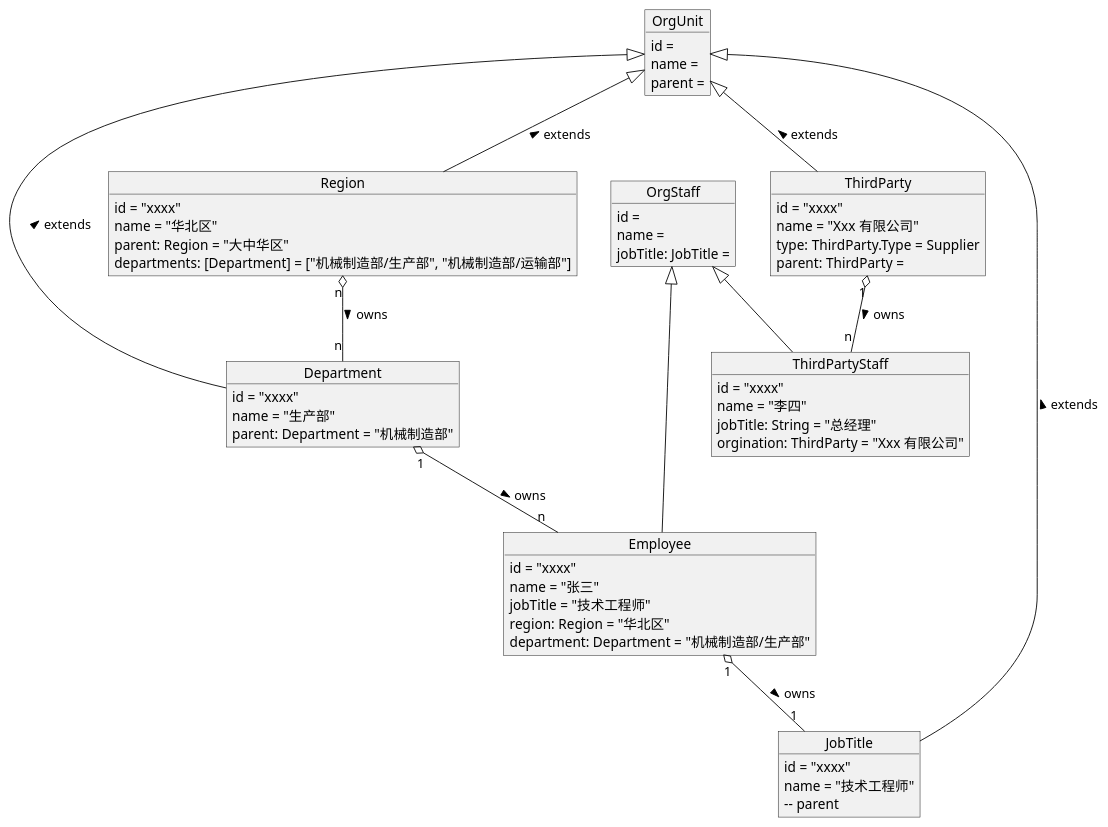
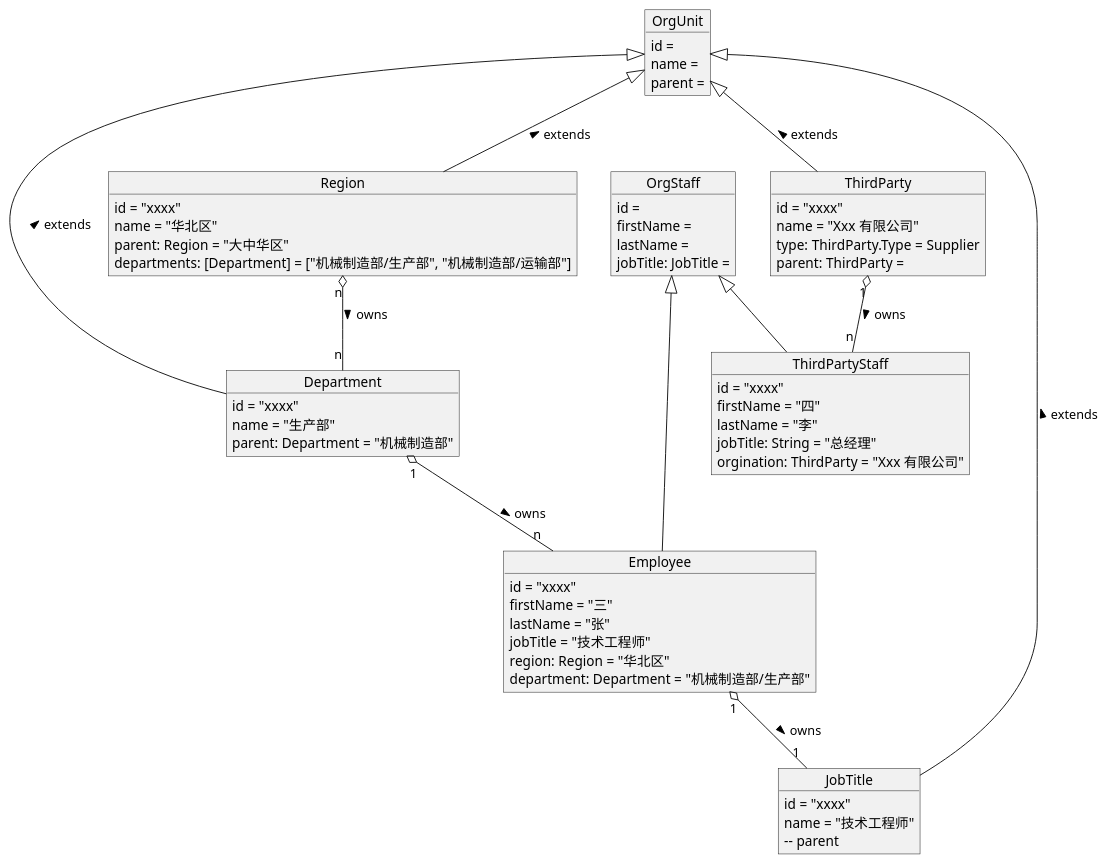
The diagram in docs/100.development/800.nop/800.demo/100.design.md (crazydan-studio/duzhou.crazydan.io), drawn with PlantUML before and after one commit. The commit also changed 5 other files, not shown here.

````diff
--- a/docs/100.development/800.nop/800.demo/100.design.md
+++ b/docs/100.development/800.nop/800.demo/100.design.md
@@ -15,66 +15,69 @@
 ```plantuml
 object OrgUnit {
   id =
   name =
   parent =
 }
 object Department {
   id = "xxxx"
   name = "生产部"
   parent: Department = "机械制造部"
 }
 object Region {
   id = "xxxx"
   name = "华北区"
   parent: Region = "大中华区"
   departments: [Department] = ["机械制造部/生产部", "机械制造部/运输部"]
 }
 object JobTitle {
   id = "xxxx"
   name = "技术工程师"
   -- parent
 }
 object ThirdParty {
   id = "xxxx"
   name = "Xxx 有限公司"
   type: ThirdParty.Type = Supplier
   parent: ThirdParty =
 }
 object ThirdParty.Type {
   Supplier  // 供应商
   Partner   // 合作伙伴
   Customer  // 客户
   Stockholder // 股东
 }
 OrgUnit <|-- Region: < extends
 OrgUnit <|-- Department: < extends
 OrgUnit <|-- ThirdParty: < extends
 OrgUnit <|-- JobTitle: < extends
 
 Region "n" o-- "n" Department: > owns
 
 object OrgStaff {
   id =
-  name =
+  firstName =
+  lastName =
   jobTitle: JobTitle =
 }
 object Employee {
   id = "xxxx"
-  name = "张三"
+  firstName = "三"
+  lastName = "张"
   jobTitle = "技术工程师"
   region: Region = "华北区"
   department: Department = "机械制造部/生产部"
 }
 object ThirdPartyStaff {
   id = "xxxx"
-  name = "李四"
+  firstName = "四"
+  lastName = "李"
   jobTitle: String = "总经理"
   orgination: ThirdParty = "Xxx 有限公司"
 }
 OrgStaff <|-- Employee
 OrgStaff <|-- ThirdPartyStaff
 
 Department "1" o-- "n" Employee: > owns
 Employee "1" o-- "1" JobTitle: > owns
 ThirdParty "1" o-- "n" ThirdPartyStaff: > owns
 ```
````
